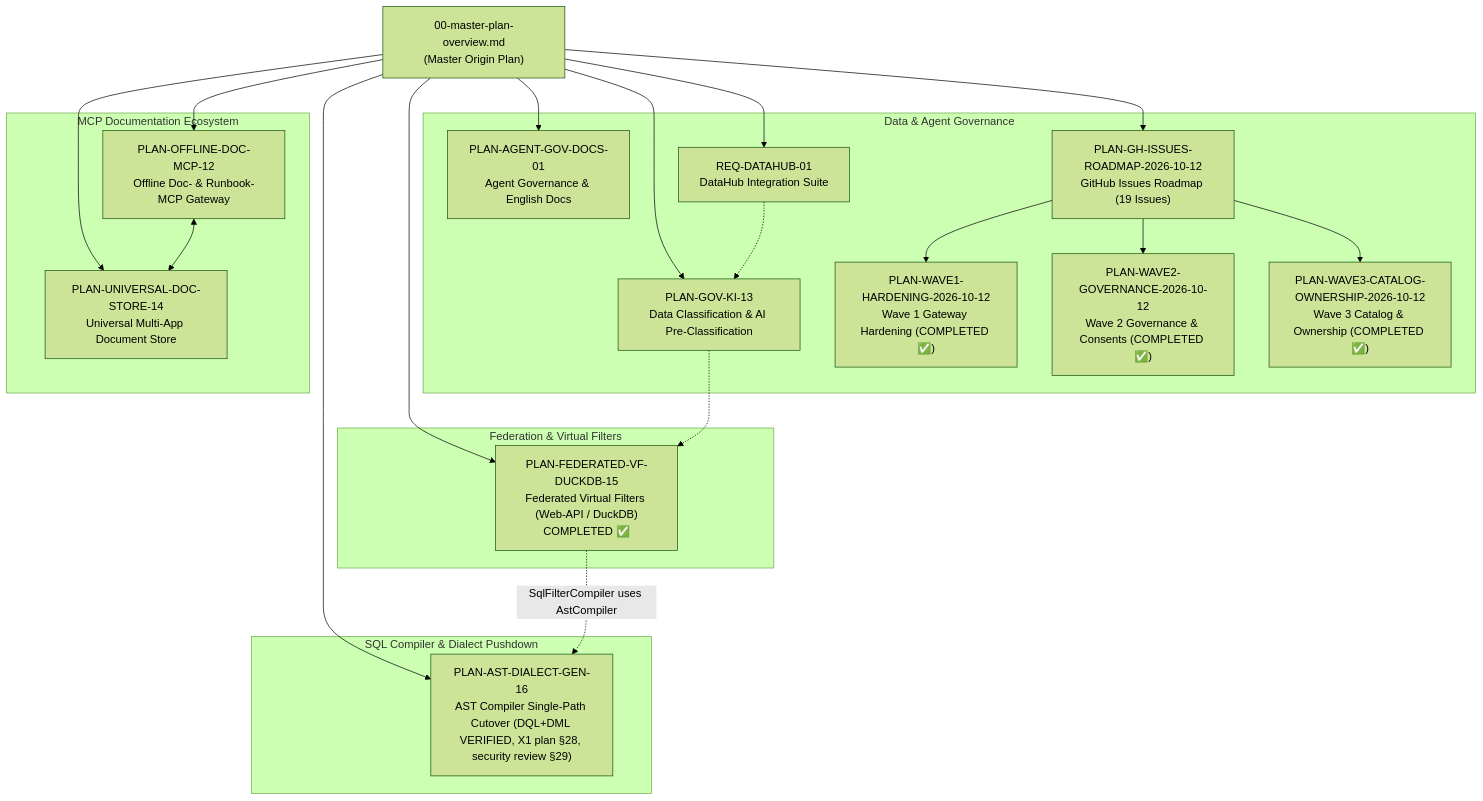
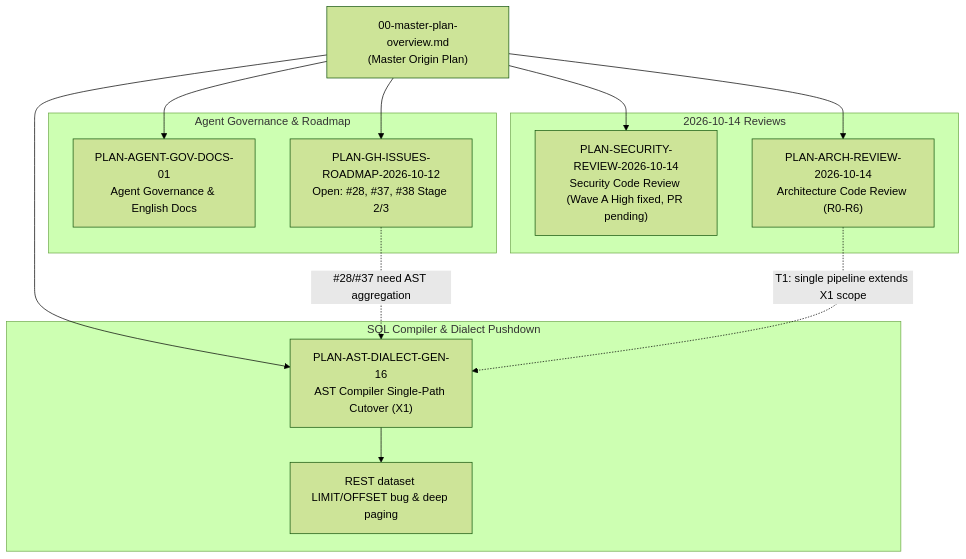
The diagram in docs/plans/00-master-plan-overview.md (themulle/autheris), drawn with Mermaid (forest theme) before and after one commit. The commit also changed other lines of this file and 5 other files, not shown here.

First line of the commit message:
docs(plan): record SR-H remediation status and prune completed items

````diff
--- a/docs/plans/00-master-plan-overview.md
+++ b/docs/plans/00-master-plan-overview.md
@@ -52,45 +39,28 @@
 ```mermaid
 flowchart TD
     MP["00-master-plan-overview.md<br/>(Master Origin Plan)"]
-    
-    subgraph Governance ["Data & Agent Governance"]
+
+    subgraph Governance ["Agent Governance & Roadmap"]
         AG["PLAN-AGENT-GOV-DOCS-01<br/>Agent Governance & English Docs"]
-        DK["PLAN-GOV-KI-13<br/>Data Classification & AI Pre-Classification"]
-        DH["REQ-DATAHUB-01<br/>DataHub Integration Suite"]
-        GHI["PLAN-GH-ISSUES-ROADMAP-2026-10-12<br/>GitHub Issues Roadmap (19 Issues)"]
-        W1["PLAN-WAVE1-HARDENING-2026-10-12<br/>Wave 1 Gateway Hardening (COMPLETED ✅)"]
-        W2["PLAN-WAVE2-GOVERNANCE-2026-10-12<br/>Wave 2 Governance & Consents (COMPLETED ✅)"]
-        W3["PLAN-WAVE3-CATALOG-OWNERSHIP-2026-10-12<br/>Wave 3 Catalog & Ownership (COMPLETED ✅)"]
+        GHI["PLAN-GH-ISSUES-ROADMAP-2026-10-12<br/>Open: #28, #37, #38 Stage 2/3"]
     end
-    
-    subgraph ExecutionEngine ["Federation & Virtual Filters"]
-        VF["PLAN-FEDERATED-VF-DUCKDB-15<br/>Federated Virtual Filters (Web-API / DuckDB)<br/>COMPLETED ✅"]
-    end
-    
-    subgraph DocMCP ["MCP Documentation Ecosystem"]
-        DM["PLAN-OFFLINE-DOC-MCP-12<br/>Offline Doc- & Runbook-MCP Gateway"]
-        UDS["PLAN-UNIVERSAL-DOC-STORE-14<br/>Universal Multi-App Document Store"]
+
+    subgraph Reviews ["2026-10-14 Reviews"]
+        SR["PLAN-SECURITY-REVIEW-2026-10-14<br/>Security Code Review (Wave A High fixed, PR pending)"]
+        AR["PLAN-ARCH-REVIEW-2026-10-14<br/>Architecture Code Review (R0-R6)"]
     end
 
     subgraph SqlCompiler ["SQL Compiler & Dialect Pushdown"]
-        ADG["PLAN-AST-DIALECT-GEN-16<br/>AST Compiler Single-Path Cutover (DQL+DML VERIFIED, X1 plan §28, security review §29)"]
+        ADG["PLAN-AST-DIALECT-GEN-16<br/>AST Compiler Single-Path Cutover (X1)"]
+        RDP["REST dataset LIMIT/OFFSET bug & deep paging"]
     end
 
     MP --> AG
-    MP --> DK
-    MP --> DH
     MP --> GHI
-    MP --> VF
-    MP --> DM
-    MP --> UDS
-
-    GHI --> W1
-    GHI --> W2
-    GHI --> W3
-
-    DM <--> UDS
-    DK -.-> VF
-    DH -.-> DK
+    MP --> SR
+    MP --> AR
     MP --> ADG
-    VF -.->|"SqlFilterCompiler uses AstCompiler"| ADG
+    ADG --> RDP
+    GHI -.->|"#28/#37 need AST aggregation"| ADG
+    AR -.->|"T1: single pipeline extends X1 scope"| ADG
 ```
````
